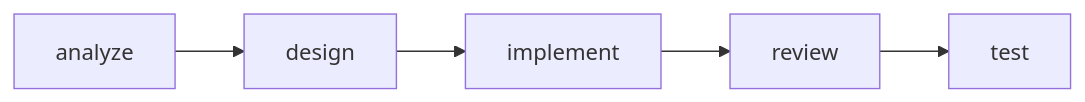
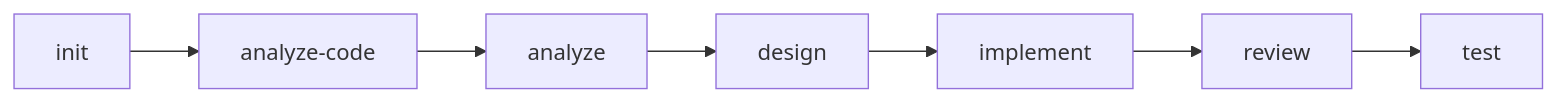
Before and after one commit to uoyoCsharp/My-Virtual-TechTeam: the diagram in sources/skills/mvt-help/business.md, drawn with Mermaid. The commit also changed other lines of this file and 45 other files, not shown here.

````diff
--- a/sources/skills/mvt-help/business.md
+++ b/sources/skills/mvt-help/business.md
@@ -61,4 +62,4 @@
 ```mermaid
 flowchart LR
-    A[analyze] --> B[design] --> C[implement] --> D[review] --> E[test]
+    A[init] --> B[analyze-code] --> C[analyze] --> D[design] --> E[implement] --> F[review] --> G[test]
 ```
````
